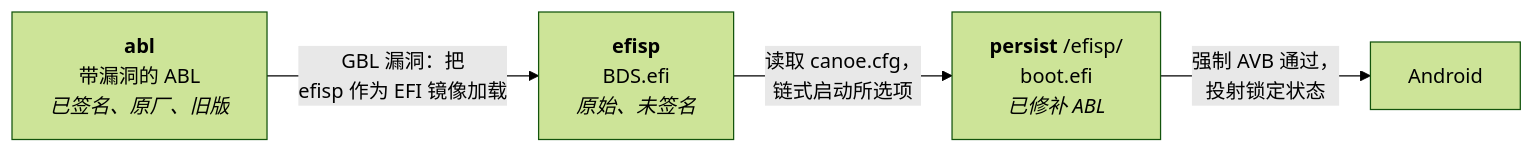
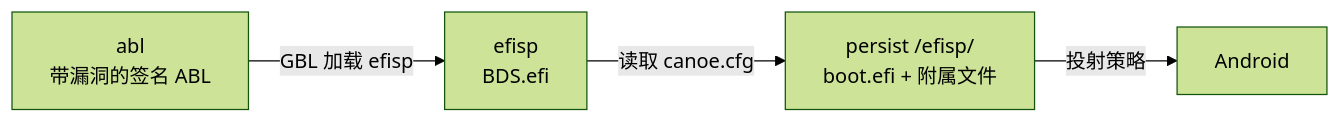
The diagram in README_zh.md (1vivy/gbl_root_canoe), drawn with Mermaid (forest theme) before and after one commit. The commit also changed other lines of this file and 29 other files, not shown here.

````diff
--- a/README_zh.md
+++ b/README_zh.md
@@ -13,10 +11,10 @@
 ```mermaid
 graph LR
-  A["<b>abl</b><br/>带漏洞的 ABL<br/><i>已签名、原厂、旧版</i>"]
-  B["<b>efisp</b><br/>BDS.efi<br/><i>原始、未签名</i>"]
-  C["<b>persist</b> /efisp/<br/>boot.efi<br/><i>已修补 ABL</i>"]
+  A["abl<br/>带漏洞的签名 ABL"]
+  B["efisp<br/>BDS.efi"]
+  C["persist /efisp/<br/>boot.efi + 附属文件"]
   D["Android"]
-  A -->|"GBL 漏洞：把<br/>efisp 作为 EFI 镜像加载"| B
-  B -->|"读取 canoe.cfg，<br/>链式启动所选项"| C
-  C -->|"强制 AVB 通过，<br/>投射锁定状态"| D
+  A -->|"GBL 加载 efisp"| B
+  B -->|"读取 canoe.cfg"| C
+  C -->|"投射策略"| D
 ```
````
